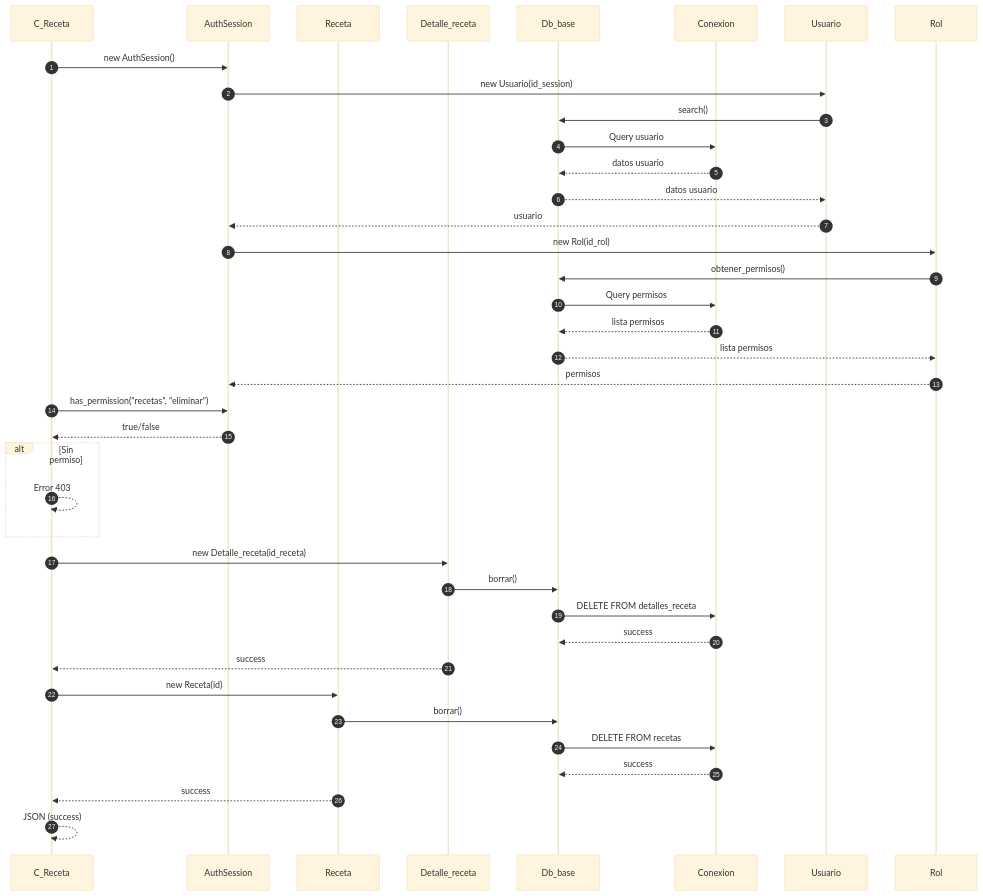
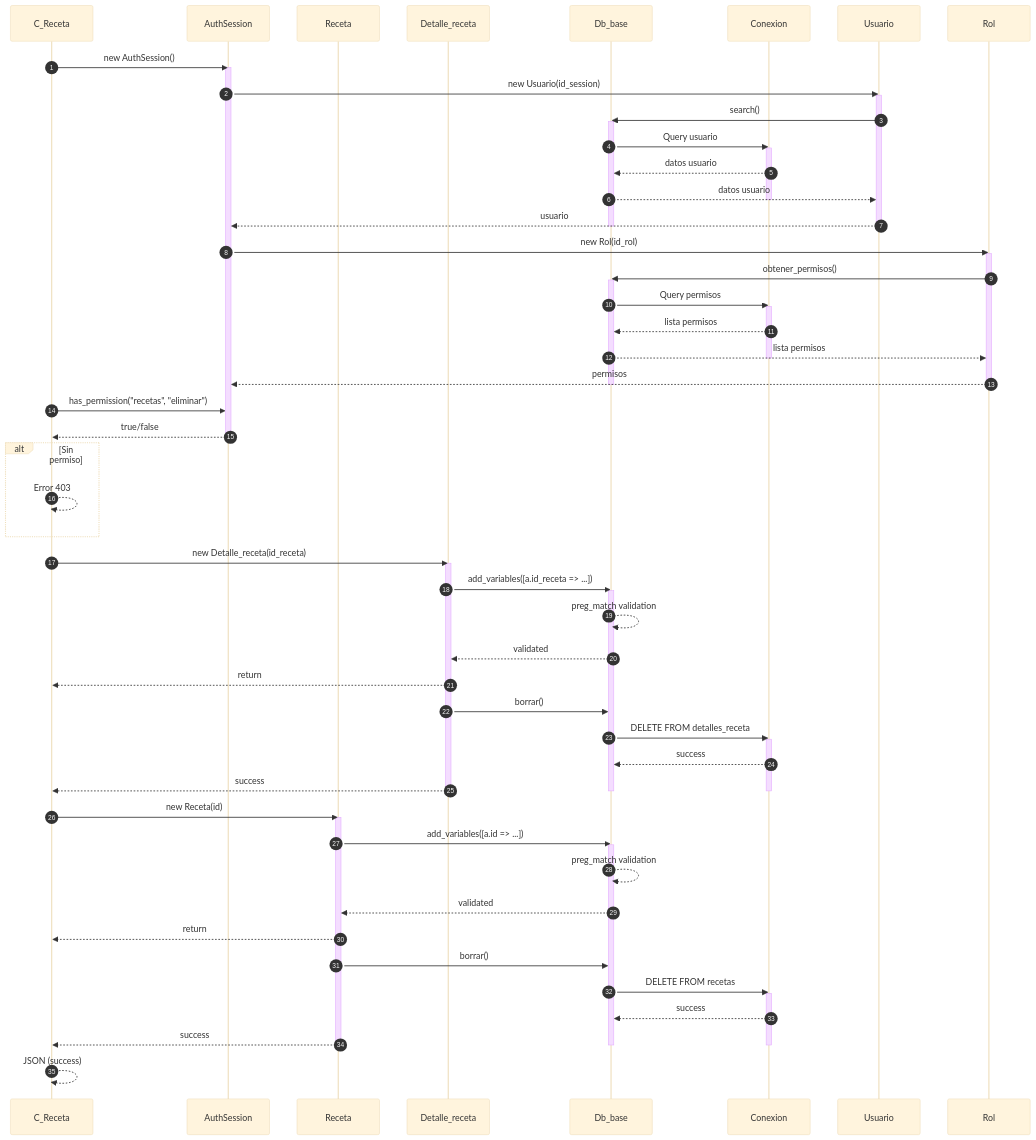
Before and after one commit to Tecrato/BurgerHouse: the fifth of 5 diagrams in docs/secuencia/recetas/recetas.md, drawn with Mermaid (base theme). The commit also changed other lines of this file and 16 other files, not shown here.

First line of the commit message:
Annotate mermaid sequences & throttle generator

````diff
--- a/docs/secuencia/recetas/recetas.md
+++ b/docs/secuencia/recetas/recetas.md
@@ -213,46 +331,80 @@
 ```mermaid
 sequenceDiagram
     autonumber
     participant C_Receta as C_Receta
     participant AuthSession as AuthSession
     participant Receta as Receta
     participant Detalle_receta as Detalle_receta
     participant Db_base as Db_base
     participant Conexion as Conexion
     
     C_Receta->>AuthSession: new AuthSession()
+    activate AuthSession
     AuthSession->>Usuario: new Usuario(id_session)
+    activate Usuario
     Usuario->>Db_base: search()
+    activate Db_base
     Db_base->>Conexion: Query usuario
+    activate Conexion
     Conexion-->>Db_base: datos usuario
     Db_base-->>Usuario: datos usuario
+    deactivate Conexion
     Usuario-->>AuthSession: usuario
+    deactivate Usuario
+    deactivate Db_base
     
     AuthSession->>Rol: new Rol(id_rol)
+    activate Rol
     Rol->>Db_base: obtener_permisos()
+    activate Db_base
     Db_base->>Conexion: Query permisos
+    activate Conexion
     Conexion-->>Db_base: lista permisos
     Db_base-->>Rol: lista permisos
+    deactivate Conexion
     Rol-->>AuthSession: permisos
+    deactivate Rol
+    deactivate Db_base
     
     C_Receta->>AuthSession: has_permission("recetas", "eliminar")
     AuthSession-->>C_Receta: true/false
+    deactivate AuthSession
     
     alt Sin permiso
         C_Receta-->>C_Receta: Error 403
     end
     
     C_Receta->>Detalle_receta: new Detalle_receta(id_receta)
+    activate Detalle_receta
+    Detalle_receta->>Db_base: add_variables([a.id_receta => ...])
+    activate Db_base
+    Db_base-->>Db_base: preg_match validation
+    Db_base-->>Detalle_receta: validated
+    Detalle_receta-->>C_Receta: return
     Detalle_receta->>Db_base: borrar()
     Db_base->>Conexion: DELETE FROM detalles_receta
+    activate Conexion
     Conexion-->>Db_base: success
     Detalle_receta-->>C_Receta: success
+    deactivate Detalle_receta
+    deactivate Conexion
+    deactivate Db_base
     
     C_Receta->>Receta: new Receta(id)
+    activate Receta
+    Receta->>Db_base: add_variables([a.id => ...])
+    activate Db_base
+    Db_base-->>Db_base: preg_match validation
+    Db_base-->>Receta: validated
+    Receta-->>C_Receta: return
     Receta->>Db_base: borrar()
     Db_base->>Conexion: DELETE FROM recetas
+    activate Conexion
     Conexion-->>Db_base: success
     Receta-->>C_Receta: success
+    deactivate Receta
+    deactivate Conexion
+    deactivate Db_base
     
     C_Receta-->>C_Receta: JSON (success)
 ```
````
